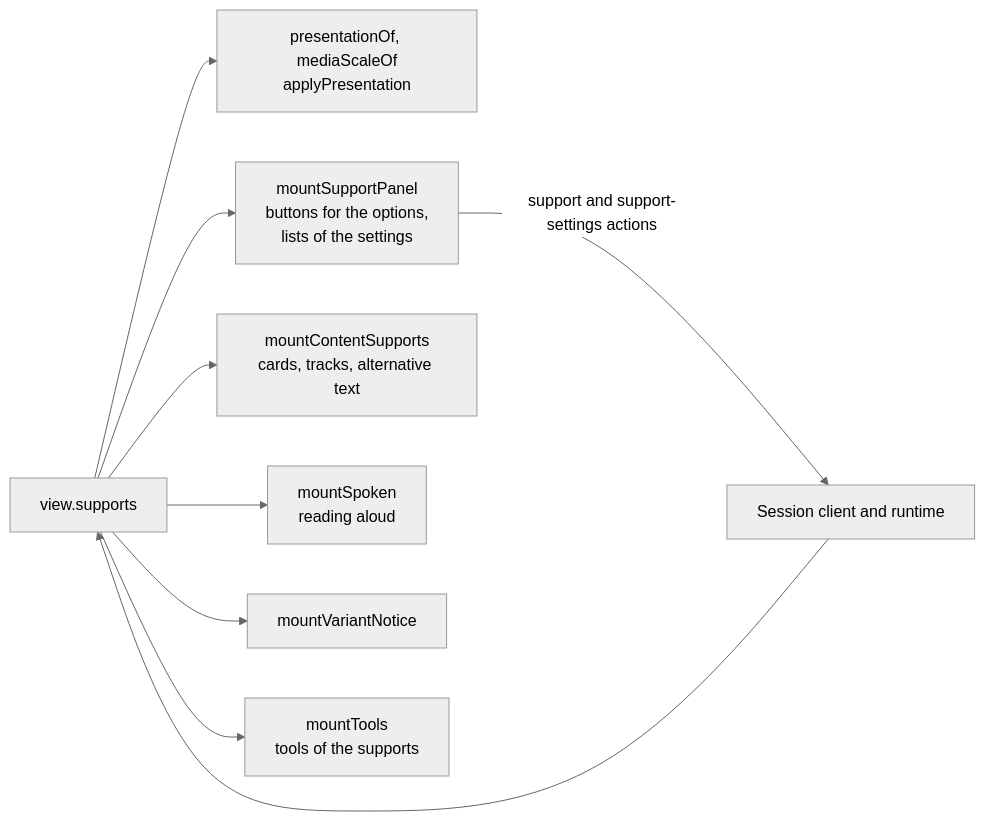
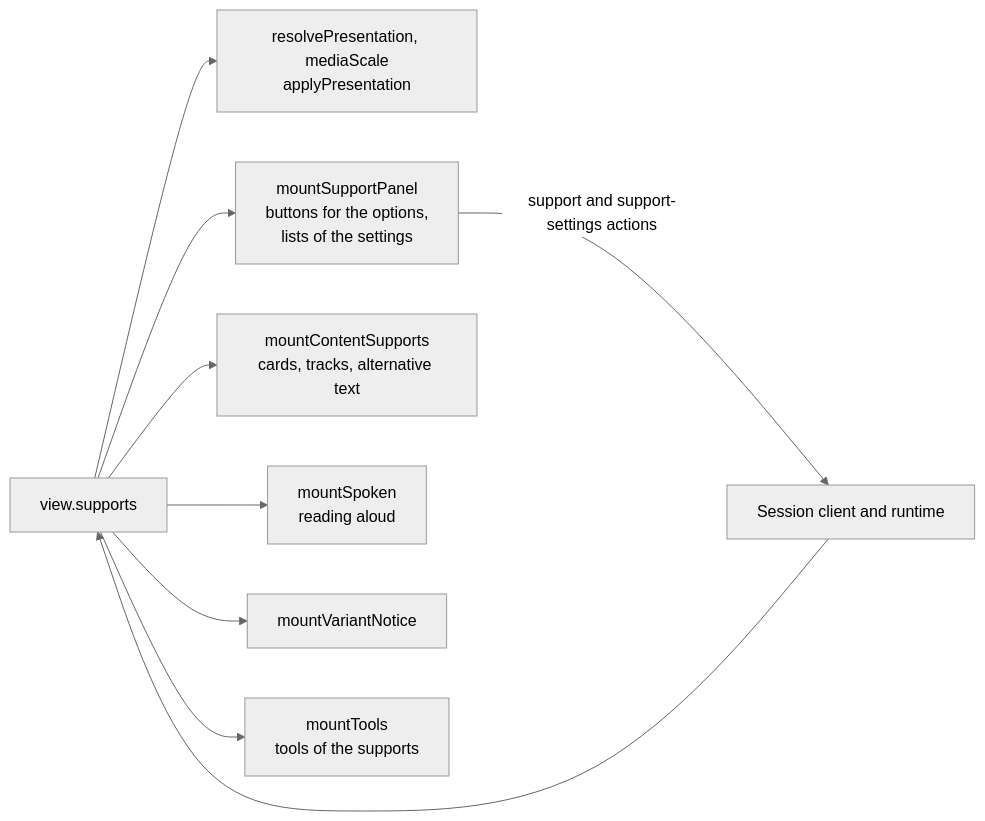
Before and after one commit to assesskit/assesskit: the first of 2 diagrams in docs/player/supports.md, drawn with Mermaid (neutral theme). The commit also changed other lines of this file and 80 other files, not shown here.

````diff
--- a/docs/player/supports.md
+++ b/docs/player/supports.md
@@ -7,11 +7,11 @@
 ```mermaid
 flowchart LR
-  view["view.supports"] --> look["presentationOf, mediaScaleOf<br/>applyPresentation"]
+  view["view.supports"] --> look["resolvePresentation, mediaScale<br/>applyPresentation"]
   view --> panel["mountSupportPanel<br/>buttons for the options,<br/>lists of the settings"]
   view --> content["mountContentSupports<br/>cards, tracks, alternative text"]
   view --> spoken["mountSpoken<br/>reading aloud"]
   view --> variant["mountVariantNotice"]
   view --> tools["mountTools<br/>tools of the supports"]
   panel -- "support and support-settings actions" --> engine["Session client and runtime"]
   engine --> view
 ```
````
